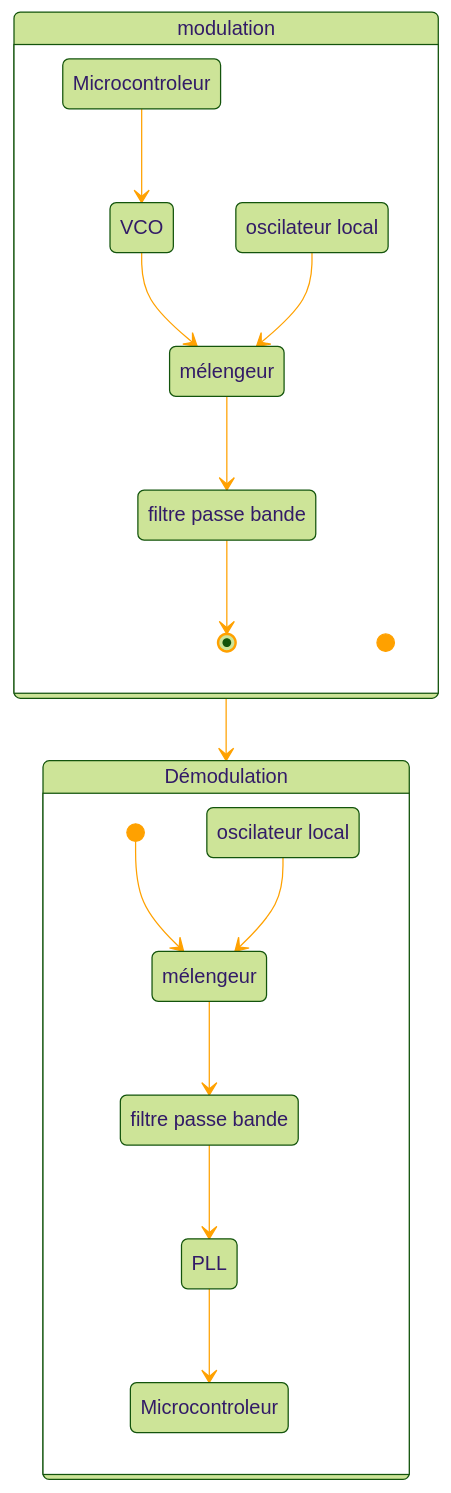
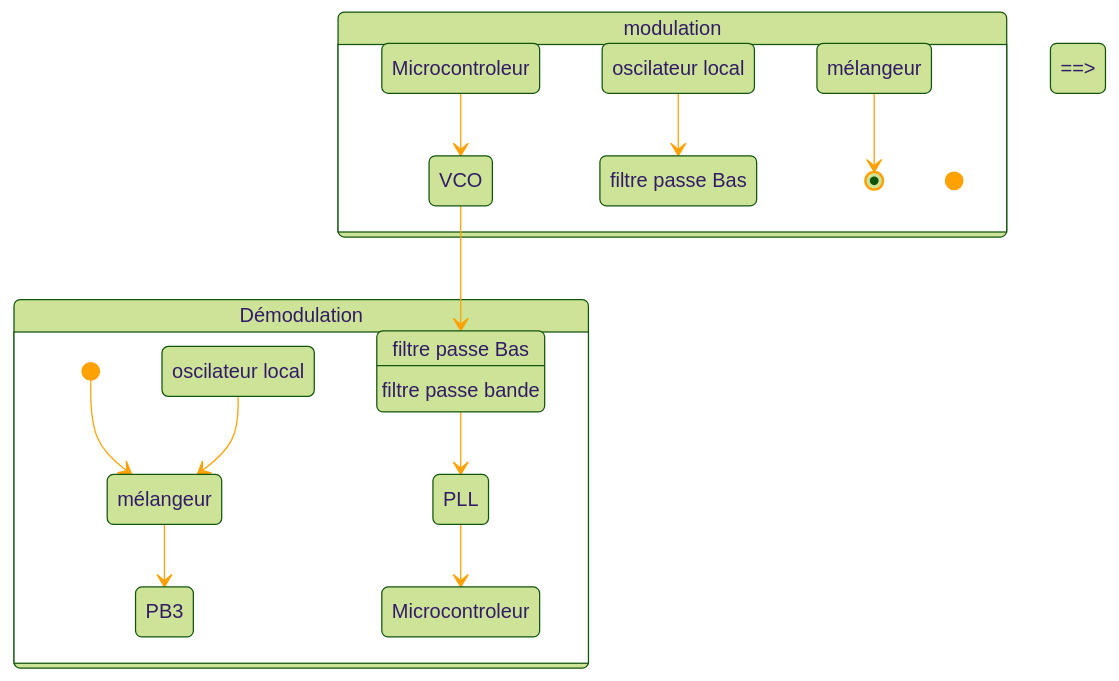
The diagram in HF/ReadMe.md (mg-mods/iut-lyon1-but-geii-sae-6), drawn with Mermaid before and after one commit.

Commit message:
changement position filtre du schémas mermaid

````diff
--- a/HF/ReadMe.md
+++ b/HF/ReadMe.md
@@ -5,49 +5,49 @@
 ```mermaid
 ---
 config:
   theme: forest
   themeVariables:
     lineColor: '#FFA100'
 
 ---
 
 stateDiagram
   direction TB
   state modulation {
     direction TB
     Mi1 --> V1
-    V1 --> Me1
-    Ol1 --> Me1
-    Me1 --> PB1
-    PB1 --> [*]
+    V1 --> PB2
+    Ol1 --> PB1
+    Me1 --> [*]
     Mi1
     V1
     Me1
     Ol1
     PB1
 [*]  }
   state Démodulation {
     direction TB
     [*] --> Me2
     Ol2 --> Me2
-    Me2 --> PB2
+    Me2 --> PB3
     PB2 --> PLL
     PLL --> Mi2
     Me2
     Ol2
     PB2
     PLL
     Mi2
 [*]  }
-  modulation --> Démodulation
+  modulation ==> Démodulation
   Mi1:Microcontroleur
   V1:VCO
-  Me1:mélengeur
+  Me1:mélangeur
   Ol1:oscilateur local
-  PB1:filtre passe bande
-  Me2:mélengeur
+  PB1:filtre passe Bas
+  PB2:filtre passe Bas
+  Me2:mélangeur
   Ol2:oscilateur local
   PB2:filtre passe bande
   Mi2:Microcontroleur
 
   ```
````
